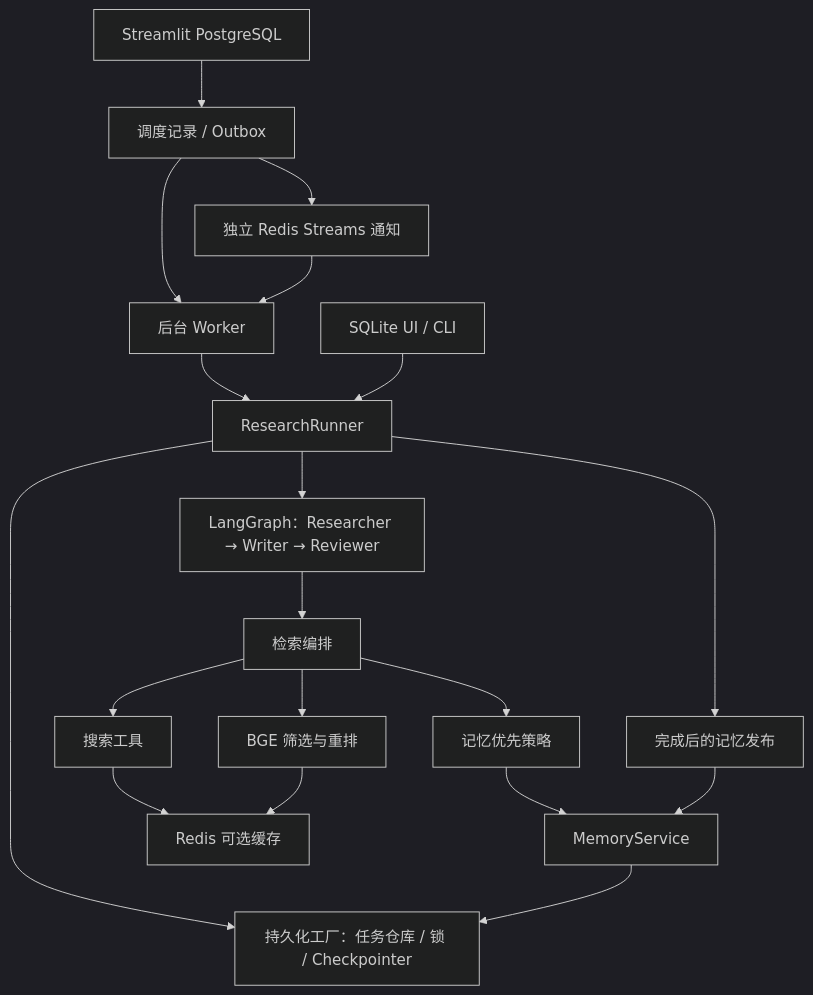
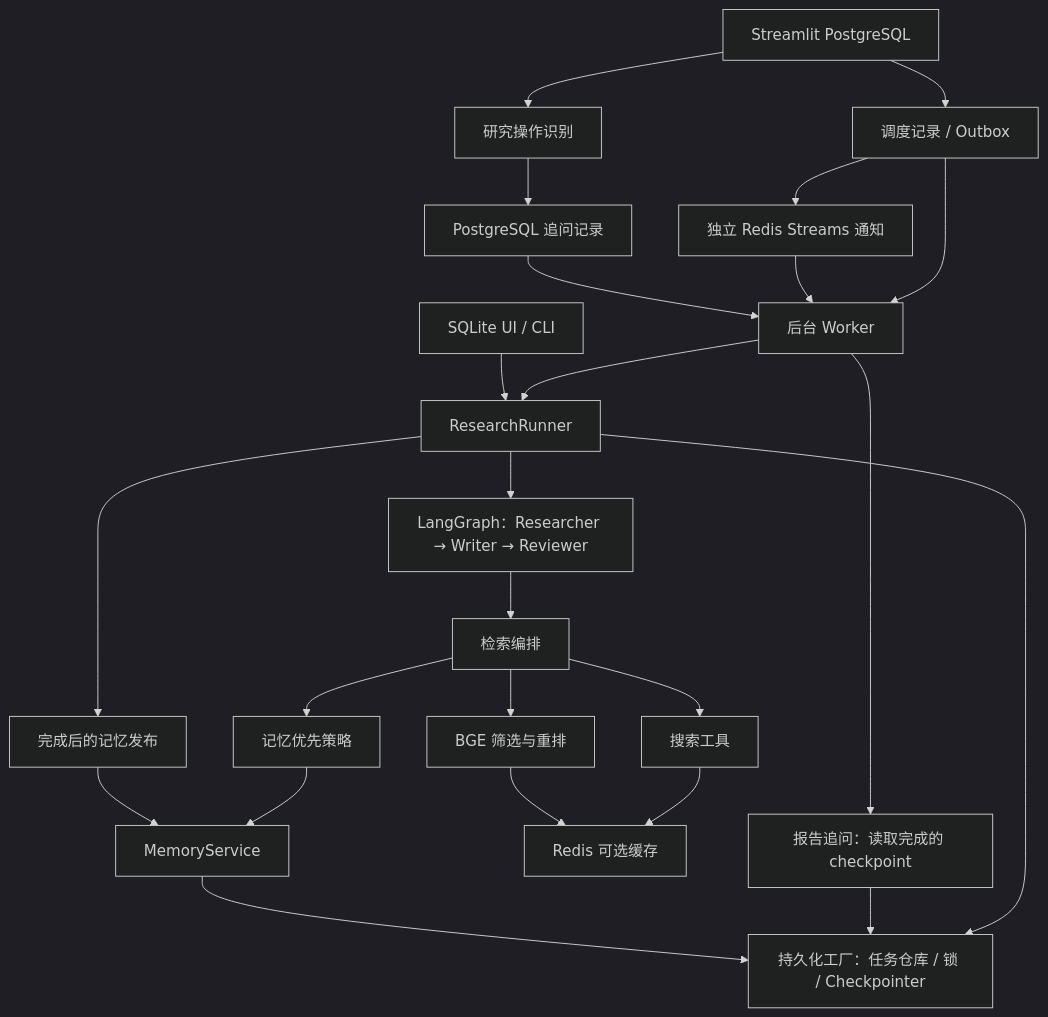
One commit to lyx0902/ApexLogic changed the diagram in docs/handbook/architecture.md. Above: the diagram before and after it, drawn with Mermaid (dark theme). The commit also changed other lines of this file and 17 other files, not shown here.

````diff
--- a/docs/handbook/architecture.md
+++ b/docs/handbook/architecture.md
@@ -11,21 +11,27 @@
 ```mermaid
 flowchart TD
     UI["Streamlit PostgreSQL"] --> Scheduler["调度记录 / Outbox"]
     Scheduler --> Worker["后台 Worker"]
     Worker --> Runner["ResearchRunner"]
     Scheduler --> Queue["独立 Redis Streams 通知"]
     Queue --> Worker
     Direct["SQLite UI / CLI"] --> Runner
     Runner --> Graph["LangGraph：Researcher → Writer → Reviewer"]
     Runner --> Storage["持久化工厂：任务仓库 / 锁 / Checkpointer"]
     Graph --> Retrieval["检索编排"]
     Retrieval --> Policy["记忆优先策略"]
     Policy --> Memory["MemoryService"]
     Retrieval --> Tools["搜索工具"]
     Retrieval --> Ranking["BGE 筛选与重排"]
     Tools --> Cache["Redis 可选缓存"]
     Ranking --> Cache
     Runner --> Publication["完成后的记忆发布"]
     Publication --> Memory
+
+    UI --> Intent["研究操作识别"]
+    Intent --> Turns["PostgreSQL 追问记录"]
+    Turns --> Worker
+    Worker --> Followup["报告追问：读取完成的 checkpoint"]
+    Followup --> Storage
     Memory --> Storage
 ```
````
